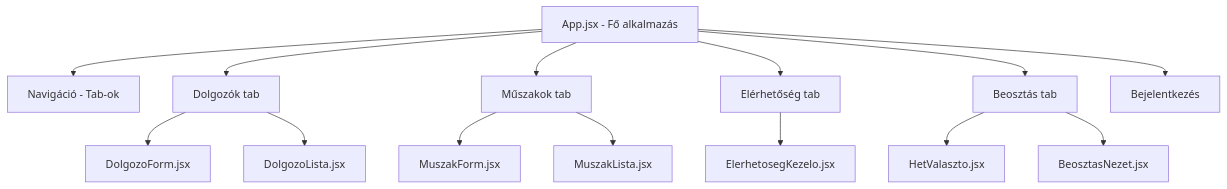
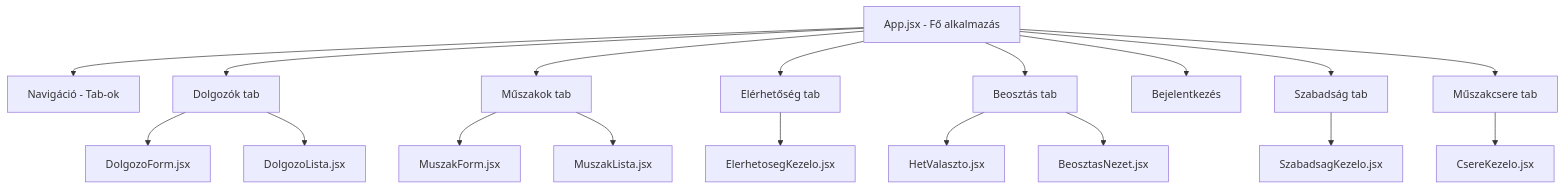
Before and after one commit to lracz/muszak-tervezo: the second of 4 diagrams in docs/architektura.md, drawn with Mermaid. The commit also changed other lines of this file and 19 other files, not shown here.

````diff
--- a/docs/architektura.md
+++ b/docs/architektura.md
@@ -78,20 +78,26 @@
 ```mermaid
 graph TD
     App[App.jsx - Fő alkalmazás] --> Nav[Navigáció - Tab-ok]
     App --> Dolgozok[Dolgozók tab]
     App --> Muszakok[Műszakok tab]
     App --> Elerhetoseg[Elérhetőség tab]
     App --> Beosztas[Beosztás tab]
     App --> Login[Bejelentkezés]
 
     Dolgozok --> DolgozoForm[DolgozoForm.jsx]
     Dolgozok --> DolgozoLista[DolgozoLista.jsx]
     
     Muszakok --> MuszakForm[MuszakForm.jsx]
     Muszakok --> MuszakLista[MuszakLista.jsx]
     
     Elerhetoseg --> ElerhetosegKezelo[ElerhetosegKezelo.jsx]
     
     Beosztas --> HetValaszto[HetValaszto.jsx]
     Beosztas --> BeosztasNezet[BeosztasNezet.jsx]
+    
+    App --> Szabadsag[Szabadság tab]
+    App --> Csere[Műszakcsere tab]
+    
+    Szabadsag --> SzabadsagKezelo[SzabadsagKezelo.jsx]
+    Csere --> CsereKezelo[CsereKezelo.jsx]
 ```
````
